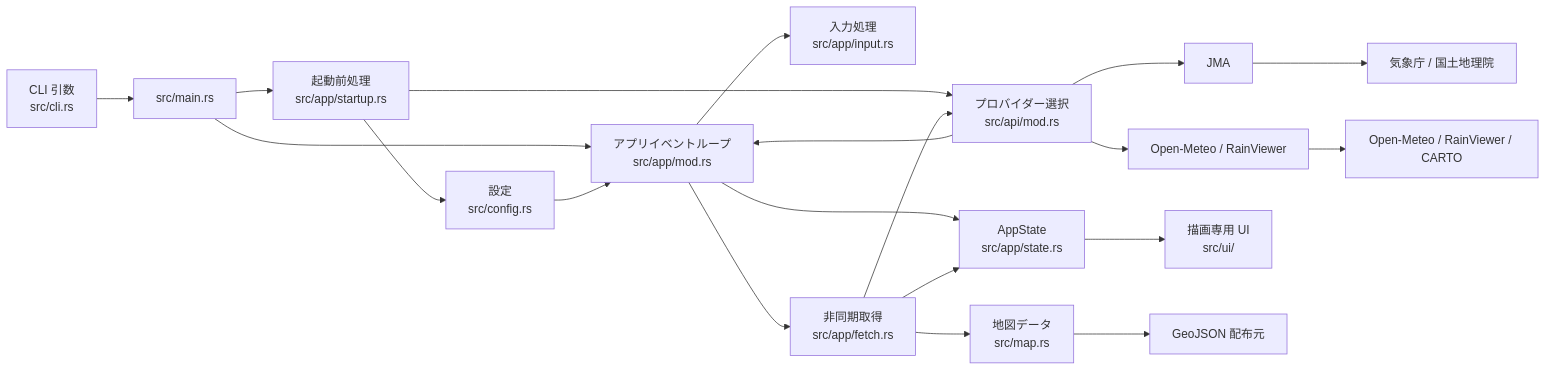
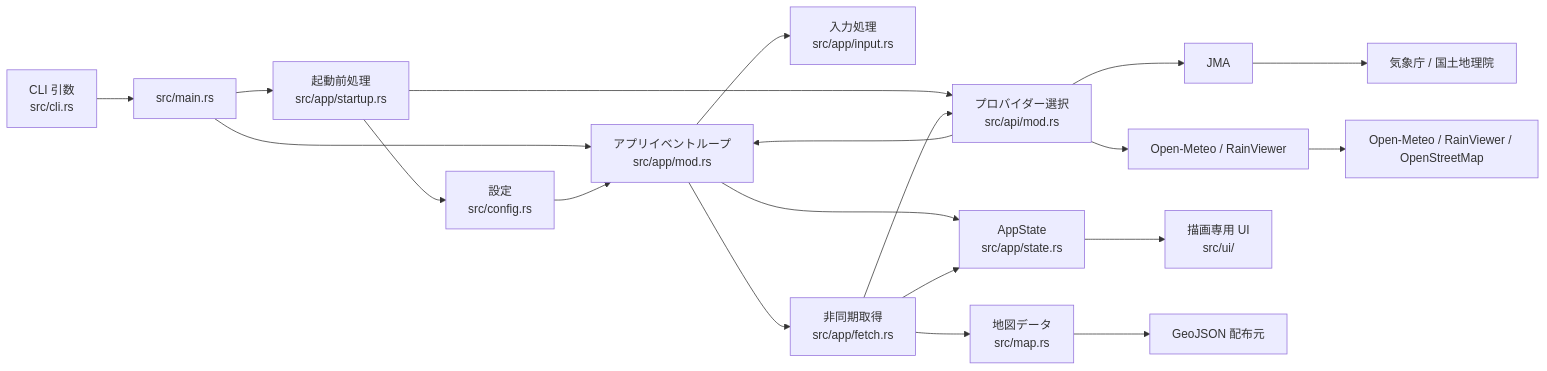
Before and after one commit to iorinu/termrain: the first of 3 diagrams in docs/architecture.md, drawn with Mermaid. The commit also changed 11 other files, not shown here.

````diff
--- a/docs/architecture.md
+++ b/docs/architecture.md
@@ -9,24 +9,24 @@
 ```mermaid
 flowchart LR
     CLI["CLI 引数<br/>src/cli.rs"] --> Main[src/main.rs]
     Main --> Startup["起動前処理<br/>src/app/startup.rs"]
     Startup --> Config["設定<br/>src/config.rs"]
     Startup --> Provider["プロバイダー選択<br/>src/api/mod.rs"]
     Provider --> JMA[JMA]
     Provider --> OpenMeteo[Open-Meteo / RainViewer]
 
     Main --> App["アプリイベントループ<br/>src/app/mod.rs"]
     Config --> App
     Provider --> App
     App --> State["AppState<br/>src/app/state.rs"]
     App --> Input["入力処理<br/>src/app/input.rs"]
     App --> Fetch["非同期取得<br/>src/app/fetch.rs"]
     Fetch --> Provider
     Fetch --> Map["地図データ<br/>src/map.rs"]
     Fetch --> State
     State --> UI["描画専用 UI<br/>src/ui/"]
 
     JMA --> JmaApi[気象庁 / 国土地理院]
-    OpenMeteo --> GlobalApi[Open-Meteo / RainViewer / CARTO]
+    OpenMeteo --> GlobalApi[Open-Meteo / RainViewer / OpenStreetMap]
     Map --> GeoJson[GeoJSON 配布元]
 ```
````
